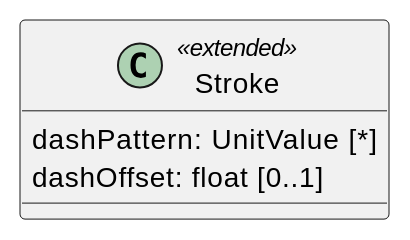
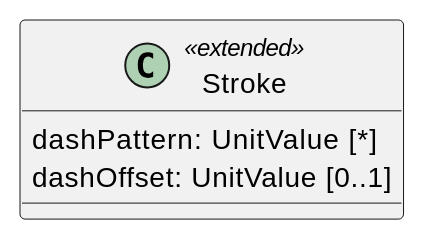
One commit to opengeospatial/cartographic-symbology changed the diagram in 1-core/requirements/rc-dashes.adoc. Above: the diagram before and after it, drawn with PlantUML. The commit also changed 5 other files, not shown here.

First line of the commit message:
Align the requirement text with the schema changes

```diff
--- a/1-core/requirements/rc-dashes.adoc
+++ b/1-core/requirements/rc-dashes.adoc
@@ -18,8 +18,8 @@
 [plantuml, target=diagram-classes, format=png]
 ....
 @startuml
 class Stroke <<extended>>
 Stroke : dashPattern: UnitValue [*]
-Stroke : dashOffset: float [0..1]
+Stroke : dashOffset: UnitValue [0..1]
 @enduml
 ....
```
